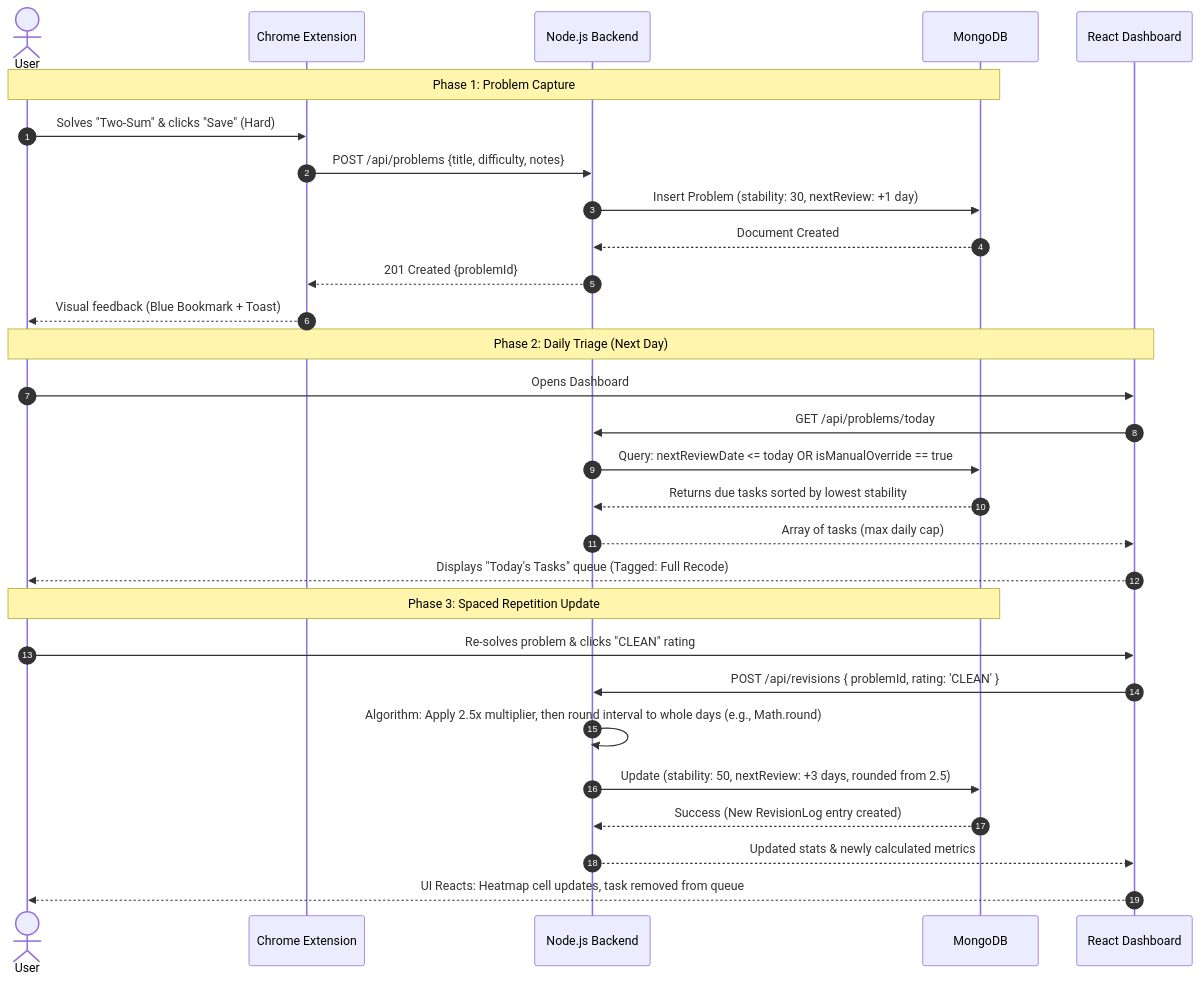
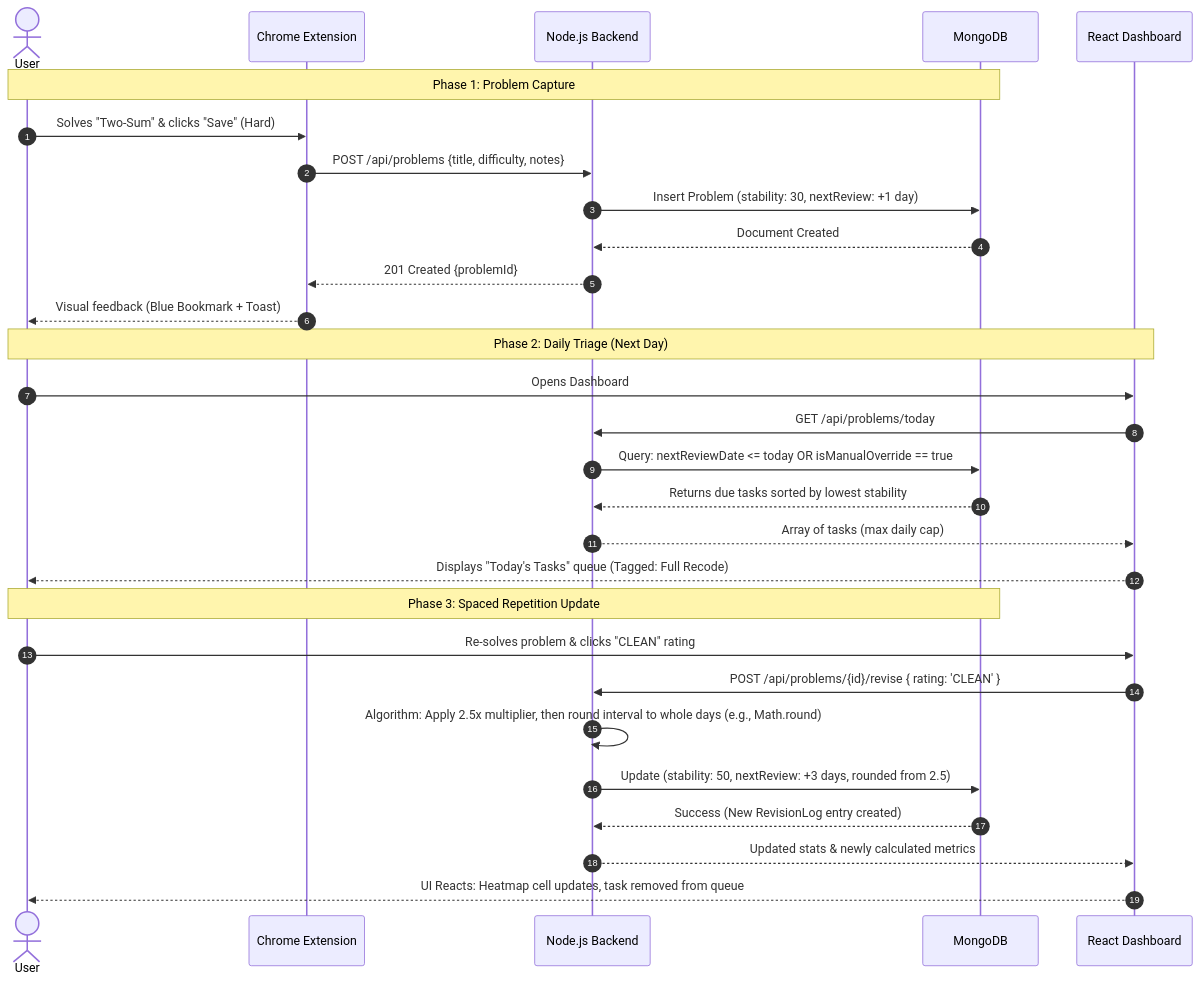
Before and after one commit to saurabhkushwaha4201/DSAReps: the second of 2 diagrams in .docs/SYSTEM_DESIGN.MD, drawn with Mermaid. The commit also changed other lines of this file, not shown here.

Commit message:
Enhance API documentation for problem management, clarifying soft delete behavior and revising endpoint paths

````diff
--- a/.docs/SYSTEM_DESIGN.MD
+++ b/.docs/SYSTEM_DESIGN.MD
@@ -165,34 +172,34 @@
 ```mermaid
 sequenceDiagram
   autonumber
   actor User
   participant Ext as Chrome Extension
   participant API as Node.js Backend
   participant DB as MongoDB
   participant Dash as React Dashboard
 
   Note over User,DB: Phase 1: Problem Capture
   User->>Ext: Solves "Two-Sum" & clicks "Save" (Hard)
   Ext->>API: POST /api/problems {title, difficulty, notes}
   API->>DB: Insert Problem (stability: 30, nextReview: +1 day)
   DB-->>API: Document Created
   API-->>Ext: 201 Created {problemId}
   Ext-->>User: Visual feedback (Blue Bookmark + Toast)
 
   Note over User,Dash: Phase 2: Daily Triage (Next Day)
   User->>Dash: Opens Dashboard
   Dash->>API: GET /api/problems/today
   API->>DB: Query: nextReviewDate <= today OR isManualOverride == true
   DB-->>API: Returns due tasks sorted by lowest stability
   API-->>Dash: Array of tasks (max daily cap)
   Dash-->>User: Displays "Today's Tasks" queue (Tagged: Full Recode)
 
   Note over User,DB: Phase 3: Spaced Repetition Update
   User->>Dash: Re-solves problem & clicks "CLEAN" rating
-  Dash->>API: POST /api/revisions { problemId, rating: 'CLEAN' }
+  Dash->>API: POST /api/problems/{id}/revise { rating: 'CLEAN' }
   API->>API: Algorithm: Apply 2.5x multiplier, then round interval to whole days (e.g., Math.round)
   API->>DB: Update (stability: 50, nextReview: +3 days, rounded from 2.5)
   DB-->>API: Success (New RevisionLog entry created)
   API-->>Dash: Updated stats & newly calculated metrics
   Dash-->>User: UI Reacts: Heatmap cell updates, task removed from queue
 ```
````
